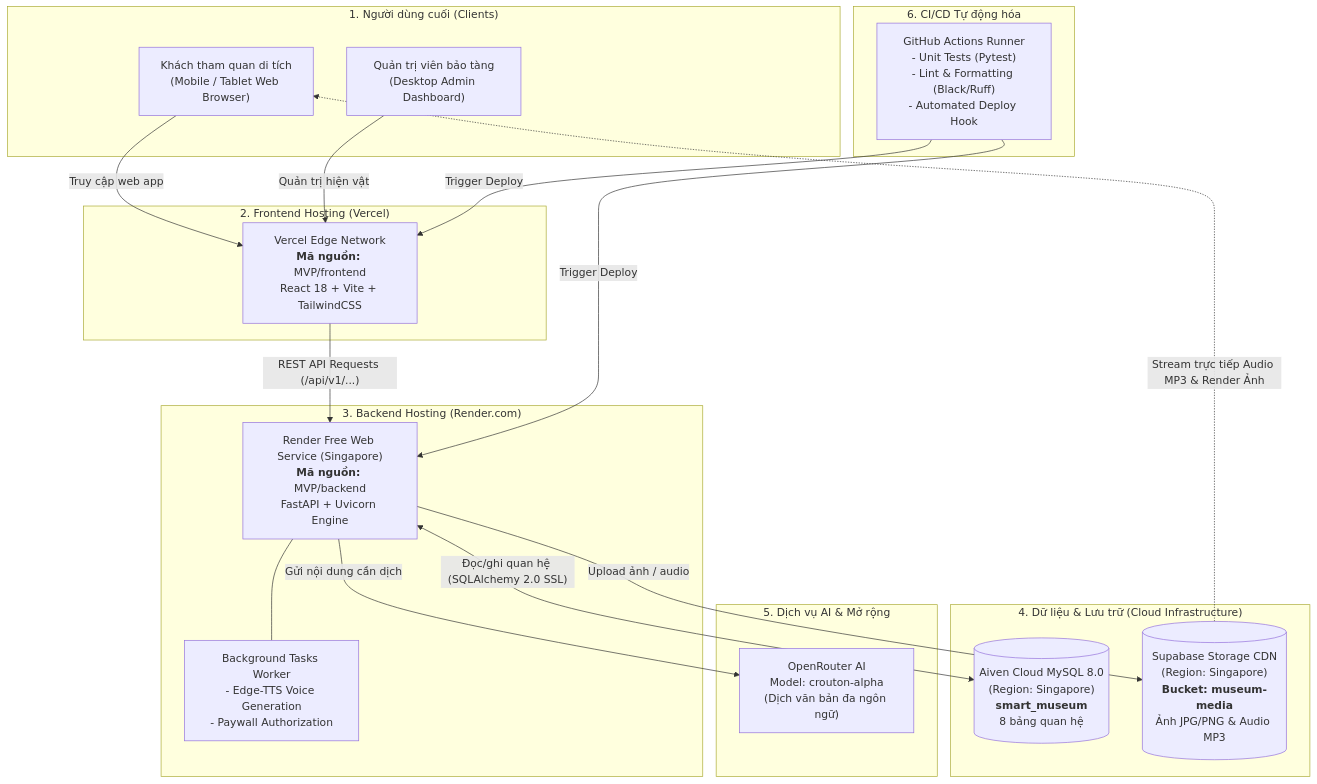
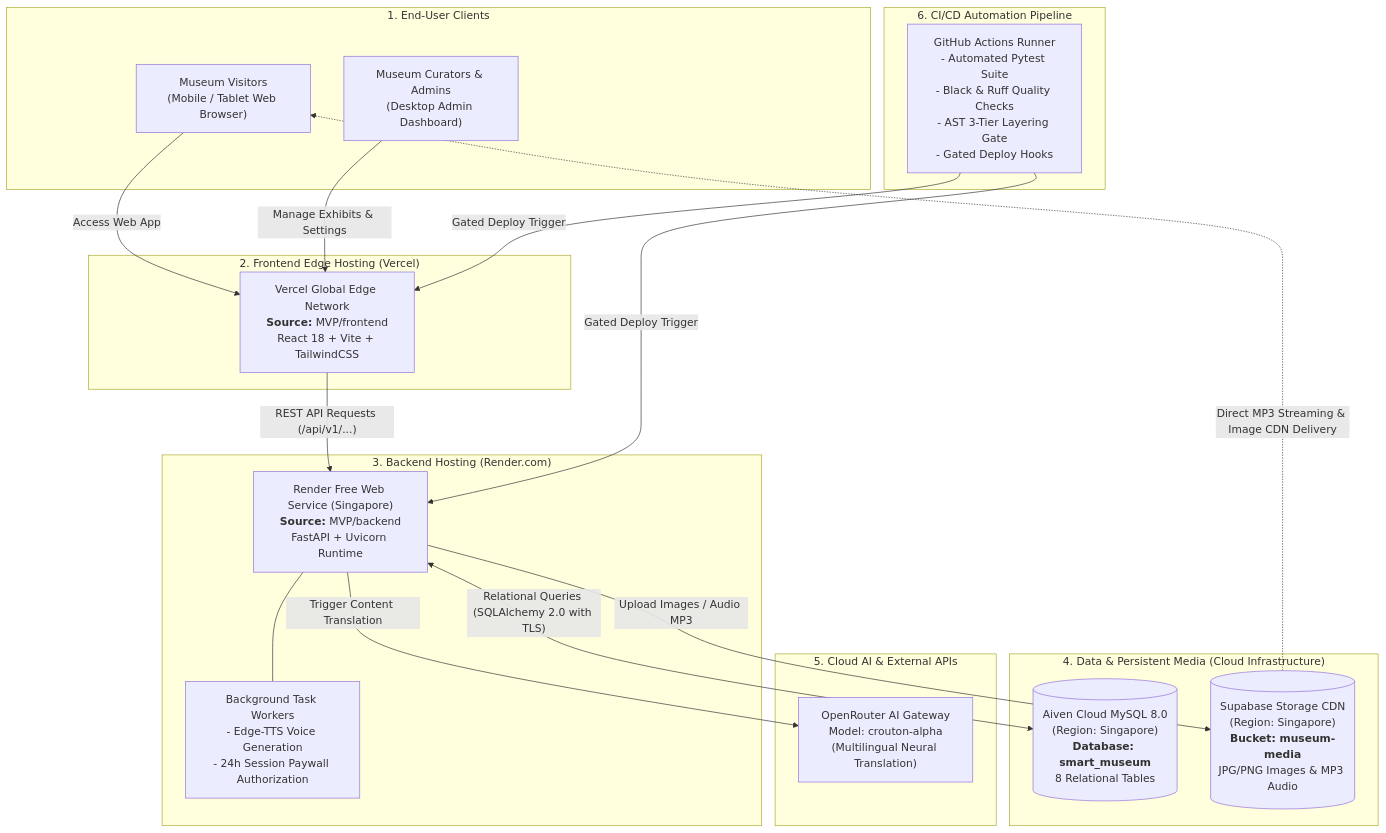
One commit to kkons2212/Software-Technology changed the diagram in documents/DeploymentArchitecture.md. Above: the diagram before and after it, drawn with Mermaid. The commit also changed other lines of this file, not shown here.

Commit message:
docs: translate cloud deployment architecture document to English

````diff
--- a/documents/DeploymentArchitecture.md
+++ b/documents/DeploymentArchitecture.md
@@ -9,49 +9,49 @@
 ```mermaid
 flowchart TD
-    subgraph Clients["1. Người dùng cuối (Clients)"]
-        Visitor["Khách tham quan di tích<br/>(Mobile / Tablet Web Browser)"]
-        AdminUser["Quản trị viên bảo tàng<br/>(Desktop Admin Dashboard)"]
+    subgraph Clients["1. End-User Clients"]
+        Visitor["Museum Visitors<br/>(Mobile / Tablet Web Browser)"]
+        AdminUser["Museum Curators & Admins<br/>(Desktop Admin Dashboard)"]
     end
 
-    subgraph VercelCDN["2. Frontend Hosting (Vercel)"]
-        VercelApp["Vercel Edge Network<br/><b>Mã nguồn:</b> MVP/frontend<br/>React 18 + Vite + TailwindCSS"]
+    subgraph VercelCDN["2. Frontend Edge Hosting (Vercel)"]
+        VercelApp["Vercel Global Edge Network<br/><b>Source:</b> MVP/frontend<br/>React 18 + Vite + TailwindCSS"]
     end
 
     subgraph RenderBackend["3. Backend Hosting (Render.com)"]
-        FastAPI["Render Free Web Service (Singapore)<br/><b>Mã nguồn:</b> MVP/backend<br/>FastAPI + Uvicorn Engine"]
-        BackgroundWorker["Background Tasks Worker<br/>- Edge-TTS Voice Generation<br/>- Paywall Authorization"]
+        FastAPI["Render Free Web Service (Singapore)<br/><b>Source:</b> MVP/backend<br/>FastAPI + Uvicorn Runtime"]
+        BackgroundWorker["Background Task Workers<br/>- Edge-TTS Voice Generation<br/>- 24h Session Paywall Authorization"]
     end
 
-    subgraph CloudData["4. Dữ liệu & Lưu trữ (Cloud Infrastructure)"]
-        AivenDB[("Aiven Cloud MySQL 8.0<br/>(Region: Singapore)<br/><b>smart_museum</b><br/>8 bảng quan hệ")]
-        SupabaseCDN[("Supabase Storage CDN<br/>(Region: Singapore)<br/><b>Bucket: museum-media</b><br/>Ảnh JPG/PNG & Audio MP3")]
+    subgraph CloudData["4. Data & Persistent Media (Cloud Infrastructure)"]
+        AivenDB[("Aiven Cloud MySQL 8.0<br/>(Region: Singapore)<br/><b>Database: smart_museum</b><br/>8 Relational Tables")]
+        SupabaseCDN[("Supabase Storage CDN<br/>(Region: Singapore)<br/><b>Bucket: museum-media</b><br/>JPG/PNG Images & MP3 Audio")]
     end
 
-    subgraph ExternalServices["5. Dịch vụ AI & Mở rộng"]
-        OpenRouter["OpenRouter AI<br/>Model: crouton-alpha<br/>(Dịch văn bản đa ngôn ngữ)"]
+    subgraph ExternalServices["5. Cloud AI & External APIs"]
+        OpenRouter["OpenRouter AI Gateway<br/>Model: crouton-alpha<br/>(Multilingual Neural Translation)"]
     end
 
-    subgraph Automation["6. CI/CD Tự động hóa"]
-        GitHubActions["GitHub Actions Runner<br/>- Unit Tests (Pytest)<br/>- Lint & Formatting (Black/Ruff)<br/>- Automated Deploy Hook"]
+    subgraph Automation["6. CI/CD Automation Pipeline"]
+        GitHubActions["GitHub Actions Runner<br/>- Automated Pytest Suite<br/>- Black & Ruff Quality Checks<br/>- AST 3-Tier Layering Gate<br/>- Gated Deploy Hooks"]
     end
 
     %% Client access
-    Visitor -->|"Truy cập web app"| VercelApp
-    AdminUser -->|"Quản trị hiện vật"| VercelApp
+    Visitor -->|"Access Web App"| VercelApp
+    AdminUser -->|"Manage Exhibits & Settings"| VercelApp
 
     %% Frontend to Backend
     VercelApp -->|"REST API Requests (/api/v1/...)"| FastAPI
 
     %% Backend integrations
-    FastAPI <-->|"Đọc/ghi quan hệ (SQLAlchemy 2.0 SSL)"| AivenDB
-    FastAPI -->|"Upload ảnh / audio"| SupabaseCDN
-    FastAPI -->|"Gửi nội dung cần dịch"| OpenRouter
+    FastAPI <-->|"Relational Queries (SQLAlchemy 2.0 with TLS)"| AivenDB
+    FastAPI -->|"Upload Images / Audio MP3"| SupabaseCDN
+    FastAPI -->|"Trigger Content Translation"| OpenRouter
     FastAPI --- BackgroundWorker
 
     %% Direct Media delivery to Client
-    SupabaseCDN -.->|"Stream trực tiếp Audio MP3 & Render Ảnh"| Visitor
+    SupabaseCDN -.->|"Direct MP3 Streaming & Image CDN Delivery"| Visitor
 
     %% CI/CD flow
-    GitHubActions -->|"Trigger Deploy"| VercelApp
-    GitHubActions -->|"Trigger Deploy"| FastAPI
+    GitHubActions -->|"Gated Deploy Trigger"| VercelApp
+    GitHubActions -->|"Gated Deploy Trigger"| FastAPI
 ```
````
